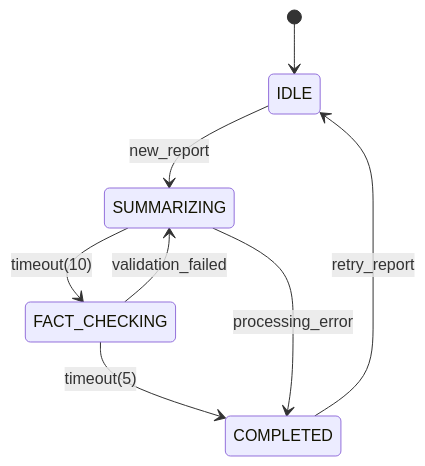
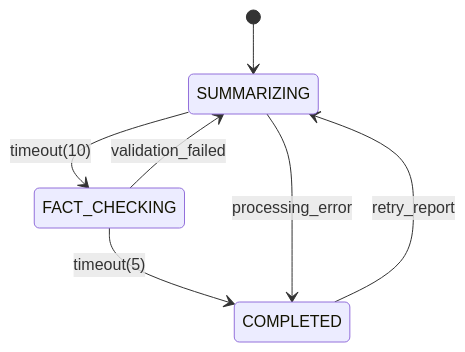
Before and after one commit to sheikkinen/statemachine-engine: the diagram in docs/fsm-diagrams/patient-records/main.mermaid, drawn with Mermaid. The commit also changed 10 other files, not shown here.

```diff
--- a/docs/fsm-diagrams/patient-records/main.mermaid
+++ b/docs/fsm-diagrams/patient-records/main.mermaid
@@ -1,22 +1,18 @@
 stateDiagram-v2
-    [*] --> IDLE
-
-    %% IDLE (1 states)
-    state IDLE
+    [*] --> SUMMARIZING
 
     %% SUMMARIZING (1 states)
     state SUMMARIZING
 
     %% FACT_CHECKING (1 states)
     state FACT_CHECKING
 
     %% COMPLETED (3 states)
     state COMPLETED
 
     %% Transitions between composites
-    IDLE --> SUMMARIZING : new_report
     SUMMARIZING --> FACT_CHECKING : timeout(10)
     FACT_CHECKING --> COMPLETED : timeout(5)
     FACT_CHECKING --> SUMMARIZING : validation_failed
     SUMMARIZING --> COMPLETED : processing_error
-    COMPLETED --> IDLE : retry_report
+    COMPLETED --> SUMMARIZING : retry_report
```
